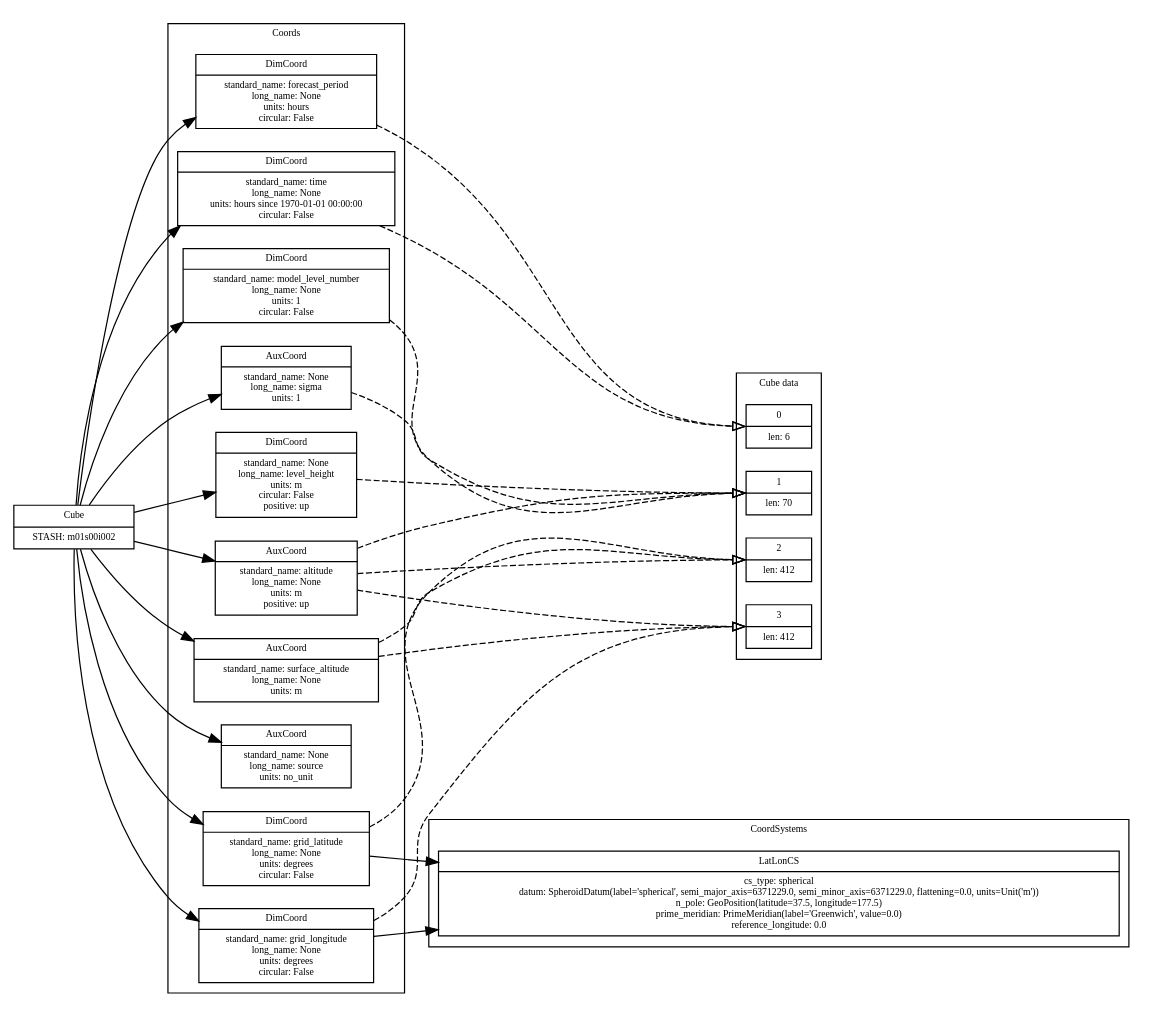
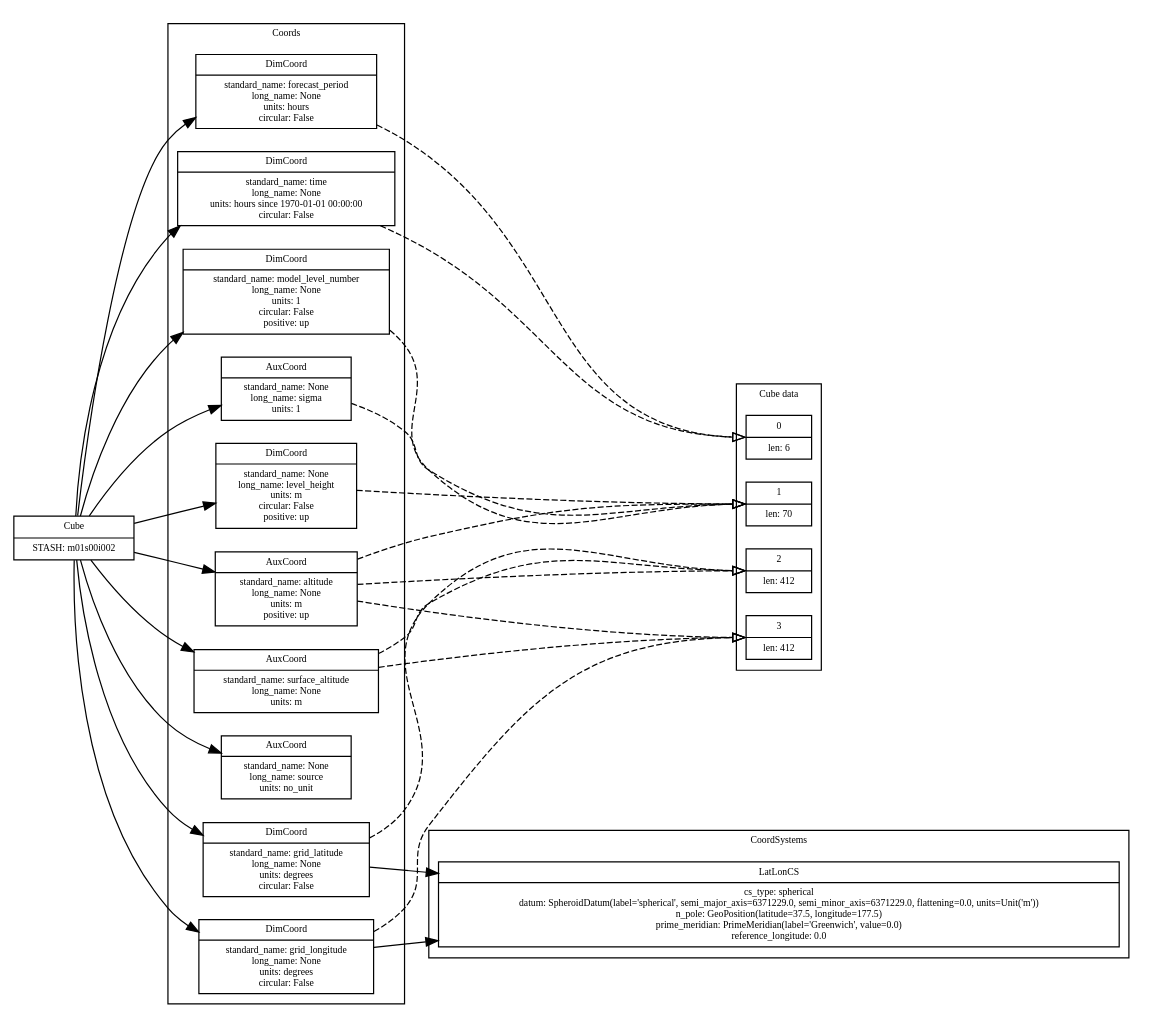
One commit to SciTools/iris-grib changed the diagram in etc/iris_tests_results/file_load/5d_pp.dot. Above: the diagram before and after it, drawn with Graphviz. The commit also changed 3 other files, not shown here.

```diff
--- a/etc/iris_tests_results/file_load/5d_pp.dot
+++ b/etc/iris_tests_results/file_load/5d_pp.dot
@@ -1,125 +1,125 @@
 
 digraph CubeGraph{
 
     rankdir = "LR"
     fontname = "Bitstream Vera Sans"
     fontsize = 8
 
     node [
         fontname = "Bitstream Vera Sans"
         fontsize = 8
         shape = "record"
     ]
 
 #   Nodes
     ":Cube" [
         label = "Cube|STASH: m01s00i002"
     ]
 
     
     subgraph clusterCubeDimensions {
         label="Cube data"
     
         "CubeDimension_0" [
             label = "0|len: 6"
         ]
 
         "CubeDimension_1" [
             label = "1|len: 70"
         ]
 
         "CubeDimension_2" [
             label = "2|len: 412"
         ]
 
         "CubeDimension_3" [
             label = "3|len: 412"
         ]
 
     }
     
     
     subgraph clusterCoords {
         label = "Coords"
         "Coord_0" [
             label = "AuxCoord|standard_name: altitude\nlong_name: None\nunits: m\npositive: up"
         ]
         "Coord_1" [
             label = "DimCoord|standard_name: forecast_period\nlong_name: None\nunits: hours\ncircular: False"
         ]
         "Coord_2" [
             label = "DimCoord|standard_name: grid_latitude\nlong_name: None\nunits: degrees\ncircular: False"
         ]
         "Coord_3" [
             label = "DimCoord|standard_name: grid_longitude\nlong_name: None\nunits: degrees\ncircular: False"
         ]
         "Coord_4" [
             label = "DimCoord|standard_name: None\nlong_name: level_height\nunits: m\ncircular: False\npositive: up"
         ]
         "Coord_5" [
-            label = "DimCoord|standard_name: model_level_number\nlong_name: None\nunits: 1\ncircular: False"
+            label = "DimCoord|standard_name: model_level_number\nlong_name: None\nunits: 1\ncircular: False\npositive: up"
         ]
         "Coord_6" [
             label = "AuxCoord|standard_name: None\nlong_name: sigma\nunits: 1"
         ]
         "Coord_7" [
             label = "AuxCoord|standard_name: None\nlong_name: source\nunits: no_unit"
         ]
         "Coord_8" [
             label = "AuxCoord|standard_name: surface_altitude\nlong_name: None\nunits: m"
         ]
         "Coord_9" [
             label = "DimCoord|standard_name: time\nlong_name: None\nunits: hours since 1970-01-01 00:00:00\ncircular: False"
         ]
 
     }
     
     
     subgraph clusterCoordSystems {
         label = "CoordSystems"
         "CoordSystem_LatLonCS_0" [
             label = "LatLonCS|cs_type: spherical\ndatum: SpheroidDatum(label='spherical', semi_major_axis=6371229.0, semi_minor_axis=6371229.0, flattening=0.0, units=Unit('m'))\nn_pole: GeoPosition(latitude=37.5, longitude=177.5)\nprime_meridian: PrimeMeridian(label='Greenwich', value=0.0)\nreference_longitude: 0.0"
         ]
 
     }
     
     edge [
         arrowhead = "normal"
     ]
 
 #   RELATIONSHIPS
 
 #   Containment
     
     ":Cube" -> "Coord_0"
     ":Cube" -> "Coord_1"
     "Coord_2" -> "CoordSystem_LatLonCS_0"
     ":Cube" -> "Coord_2"
     "Coord_3" -> "CoordSystem_LatLonCS_0"
     ":Cube" -> "Coord_3"
     ":Cube" -> "Coord_4"
     ":Cube" -> "Coord_5"
     ":Cube" -> "Coord_6"
     ":Cube" -> "Coord_7"
     ":Cube" -> "Coord_8"
     ":Cube" -> "Coord_9"
     edge [
         style="dashed"
         arrowhead = "onormal"
     ]
 
 #   Association
     
     "Coord_0" -> "CubeDimension_1":w
     "Coord_0" -> "CubeDimension_2":w
     "Coord_0" -> "CubeDimension_3":w
     "Coord_1" -> "CubeDimension_0":w
     "Coord_2" -> "CubeDimension_2":w
     "Coord_3" -> "CubeDimension_3":w
     "Coord_4" -> "CubeDimension_1":w
     "Coord_5" -> "CubeDimension_1":w
     "Coord_6" -> "CubeDimension_1":w
     "Coord_8" -> "CubeDimension_2":w
     "Coord_8" -> "CubeDimension_3":w
     "Coord_9" -> "CubeDimension_0":w
 }
```
